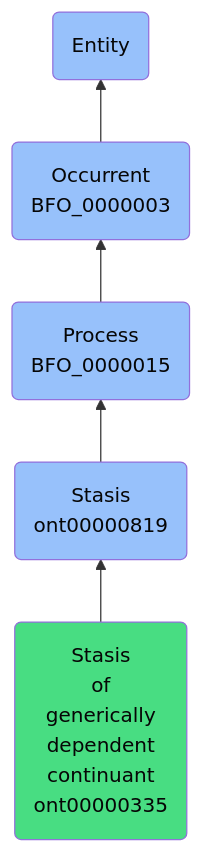
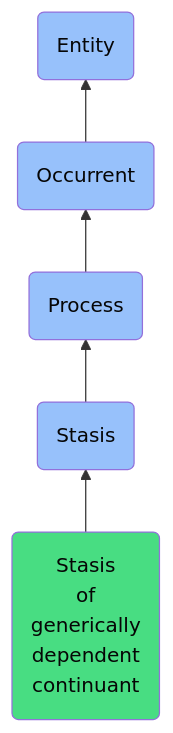
The diagram in docs/ontology/reference/model/Entity/Occurrent/Process/Stasis/Stasis of generically dependent continuant/Stasis of generically dependent continuant.md (jupyter-naas/abi), drawn with Mermaid before and after one commit. The commit also changed other lines of this file and 1430 other files, not shown here.

````diff
--- a/docs/ontology/reference/model/Entity/Occurrent/Process/Stasis/Stasis of generically dependent continuant/Stasis of generically dependent continuant.md
+++ b/docs/ontology/reference/model/Entity/Occurrent/Process/Stasis/Stasis of generically dependent continuant/Stasis of generically dependent continuant.md
@@ -24,12 +24,12 @@
 ```mermaid
 graph BT
-    ont00000335(Stasis<br>of<br>generically<br>dependent<br>continuant<br>ont00000335):::ABI-->ont00000819
-    ont00000819(Stasis<br>ont00000819):::BFO-->BFO_0000015
-    BFO_0000015(Process<br>BFO_0000015):::BFO-->BFO_0000003
-    BFO_0000003(Occurrent<br>BFO_0000003):::BFO-->BFO_0000001
+    ont00000335(Stasis<br>of<br>generically<br>dependent<br>continuant):::ABI-->ont00000819
+    ont00000819(Stasis):::BFO-->BFO_0000015
+    BFO_0000015(Process):::BFO-->BFO_0000003
+    BFO_0000003(Occurrent):::BFO-->BFO_0000001
     BFO_0000001(Entity):::BFO
     
     classDef BFO fill:#97c1fb,color:#060606
     classDef CCO fill:#e4c51e,color:#060606
     classDef ABI fill:#48DD82,color:#060606
 ```
````
